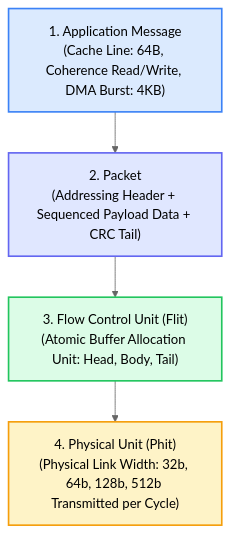
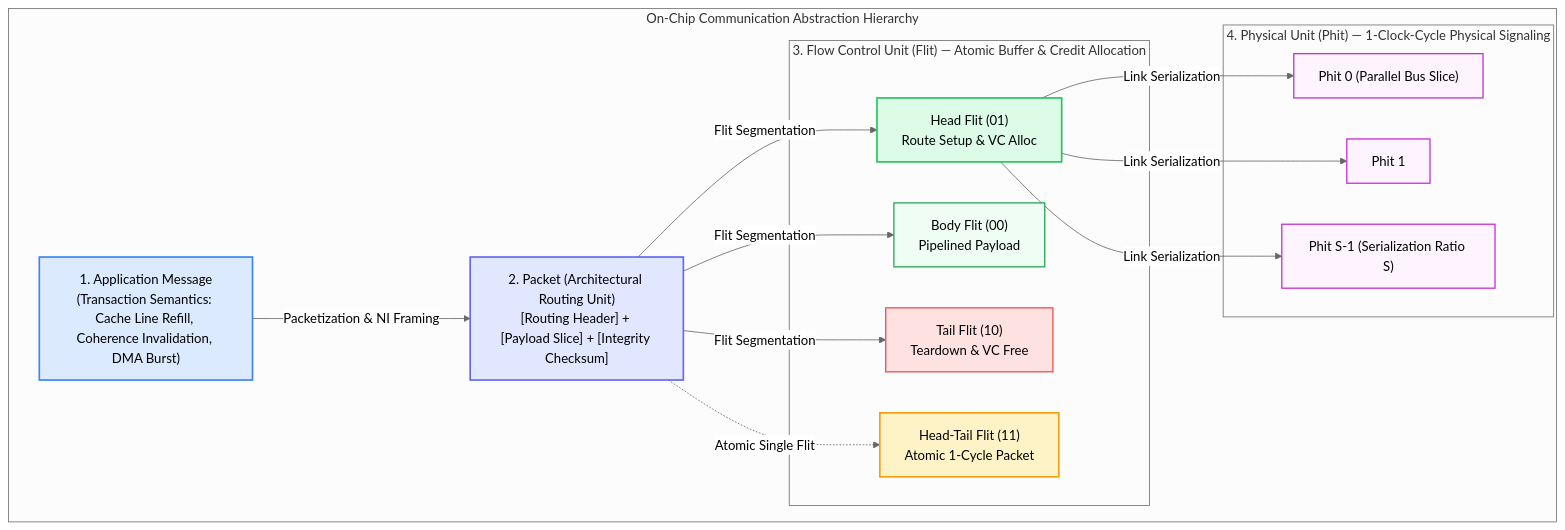
The first of 2 diagrams in chapters/ch02-switching-flow-control/index.md (network-on-chip/book), drawn with Mermaid (neutral theme) before and after one commit. The commit also changed other lines of this file, not shown here.

Commit message:
docs(ch02): wrap flowchart text and clean quiz references

````diff
--- a/chapters/ch02-switching-flow-control/index.md
+++ b/chapters/ch02-switching-flow-control/index.md
@@ -14,11 +16,40 @@
 ```mermaid
 graph TD
-  Msg["1. Application Message<br/>(Cache Line: 64B, Coherence Read/Write, DMA Burst: 4KB)"] --> Pkt["2. Packet<br/>(Addressing Header + Sequenced Payload Data + CRC Tail)"]
-  Pkt --> Flit["3. Flow Control Unit (Flit)<br/>(Atomic Buffer Allocation Unit: Head, Body, Tail)"]
-  Flit --> Phit["4. Physical Unit (Phit)<br/>(Physical Link Width: 32b, 64b, 128b, 512b Transmitted per Cycle)"]
+  subgraph Data_Hierarchy ["On-Chip Communication Abstraction Hierarchy"]
+    Msg["1. Application Message<br/>(Transaction Semantics: Cache Line Refill, Coherence Invalidation, DMA Burst)"]
+    
+    Pkt["2. Packet (Architectural Routing Unit)<br/>[Routing Header] + [Payload Slice] + [Integrity Checksum]"]
+    
+    subgraph Flit_Tier ["3. Flow Control Unit (Flit) — Atomic Buffer & Credit Allocation"]
+      Flit_Head["Head Flit (01)<br/>Route Setup &amp; VC Alloc"]
+      Flit_Body["Body Flit (00)<br/>Pipelined Payload"]
+      Flit_Tail["Tail Flit (10)<br/>Teardown &amp; VC Free"]
+      Flit_HT["Head-Tail Flit (11)<br/>Atomic 1-Cycle Packet"]
+    end
+    
+    subgraph Phit_Tier ["4. Physical Unit (Phit) — 1-Clock-Cycle Physical Signaling"]
+      Phit1["Phit 0 (Parallel Bus Slice)"]
+      Phit2["Phit 1"]
+      PhitN["Phit S-1 (Serialization Ratio S)"]
+    end
+
+    Msg -->|Packetization & NI Framing| Pkt
+    Pkt -->|Flit Segmentation| Flit_Head
+    Pkt -->|Flit Segmentation| Flit_Body
+    Pkt -->|Flit Segmentation| Flit_Tail
+    Pkt -.->|Atomic Single Flit| Flit_HT
+    Flit_Head -->|Link Serialization| Phit1
+    Flit_Head -->|Link Serialization| Phit2
+    Flit_Head -->|Link Serialization| PhitN
+  end
 
   style Msg fill:#dbeafe,stroke:#3b82f6,stroke-width:2px;
   style Pkt fill:#e0e7ff,stroke:#6366f1,stroke-width:2px;
-  style Flit fill:#dcfce7,stroke:#22c55e,stroke-width:2px;
-  style Phit fill:#fef3c7,stroke:#f59e0b,stroke-width:2px;
+  style Flit_Head fill:#dcfce7,stroke:#22c55e,stroke-width:2px;
+  style Flit_Body fill:#f0fdf4,stroke:#16a34a,stroke-width:1.5px;
+  style Flit_Tail fill:#fee2e2,stroke:#ef4444,stroke-width:1.5px;
+  style Flit_HT fill:#fef3c7,stroke:#f59e0b,stroke-width:2px;
+  style Phit1 fill:#fdf4ff,stroke:#c026d3,stroke-width:1.5px;
+  style Phit2 fill:#fdf4ff,stroke:#c026d3,stroke-width:1.5px;
+  style PhitN fill:#fdf4ff,stroke:#c026d3,stroke-width:1.5px;
 ```
````
